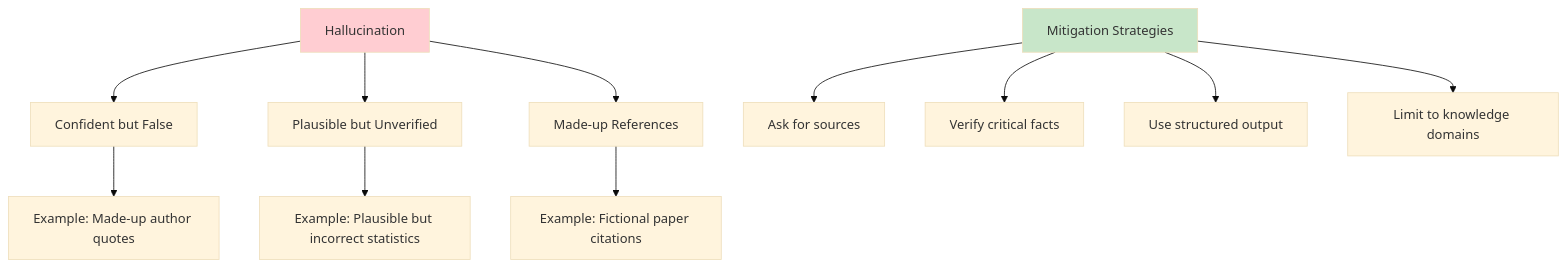
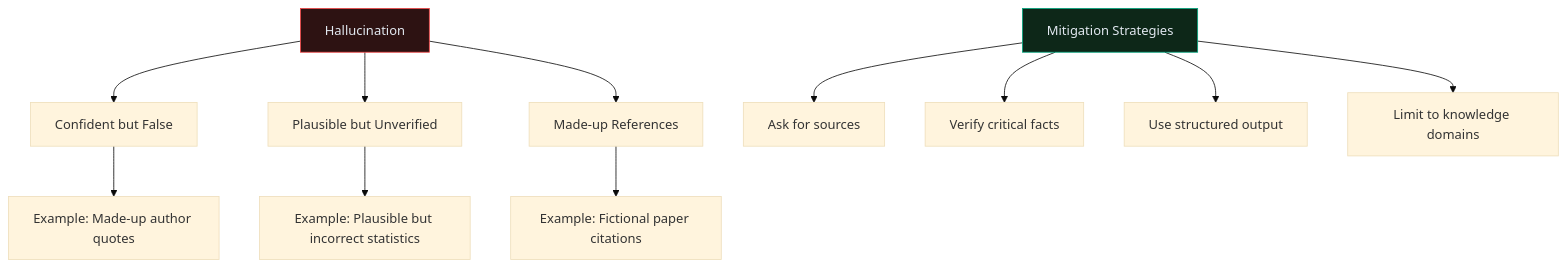
The fifth of 9 diagrams in docs/03_AI-Fluency-Framework-Foundations.md (CagriCatik/claude-ollama-coder), drawn with Mermaid (base theme) before and after one commit. The commit also changed other lines of this file and 16 other files, not shown here.

````diff
--- a/docs/03_AI-Fluency-Framework-Foundations.md
+++ b/docs/03_AI-Fluency-Framework-Foundations.md
@@ -237,18 +229,18 @@
 ```mermaid
 graph TB
     A["Hallucination"] --> B["Confident but False"]
     A --> C["Plausible but Unverified"]
     A --> D["Made-up References"]
     
     B --> B1["Example: Made-up author quotes"]
     C --> C1["Example: Plausible but incorrect statistics"]
     D --> D1["Example: Fictional paper citations"]
     
     E["Mitigation Strategies"] --> E1["Ask for sources"]
     E --> E2["Verify critical facts"]
     E --> E3["Use structured output"]
     E --> E4["Limit to knowledge domains"]
     
-    style A fill:#ffcdd2
-    style E fill:#c8e6c9
+    style A fill:#2d1212,stroke:#ef4444,color:#e2e8f0
+    style E fill:#0d2718,stroke:#00a67e,color:#e2e8f0
 ```
````
